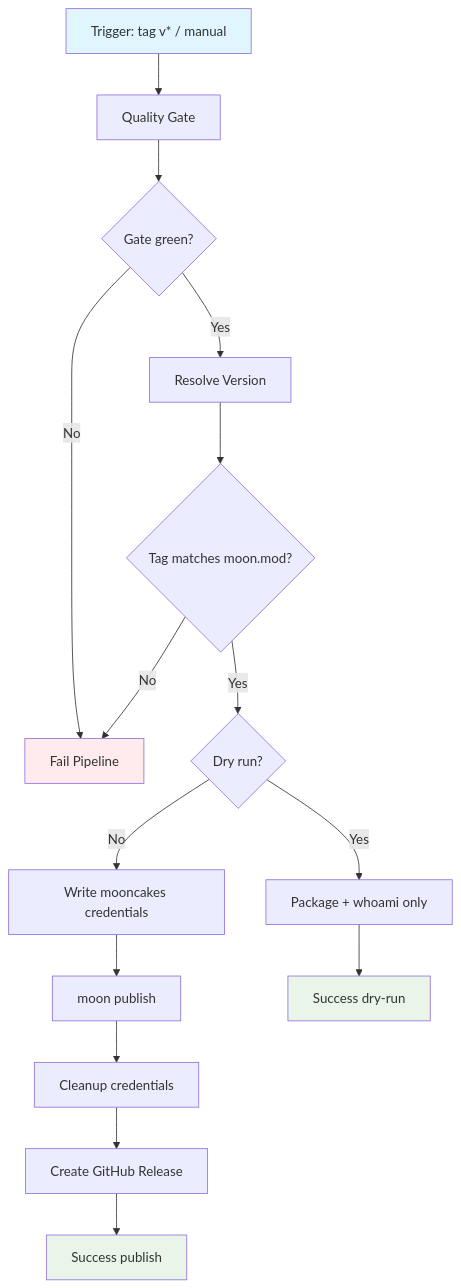
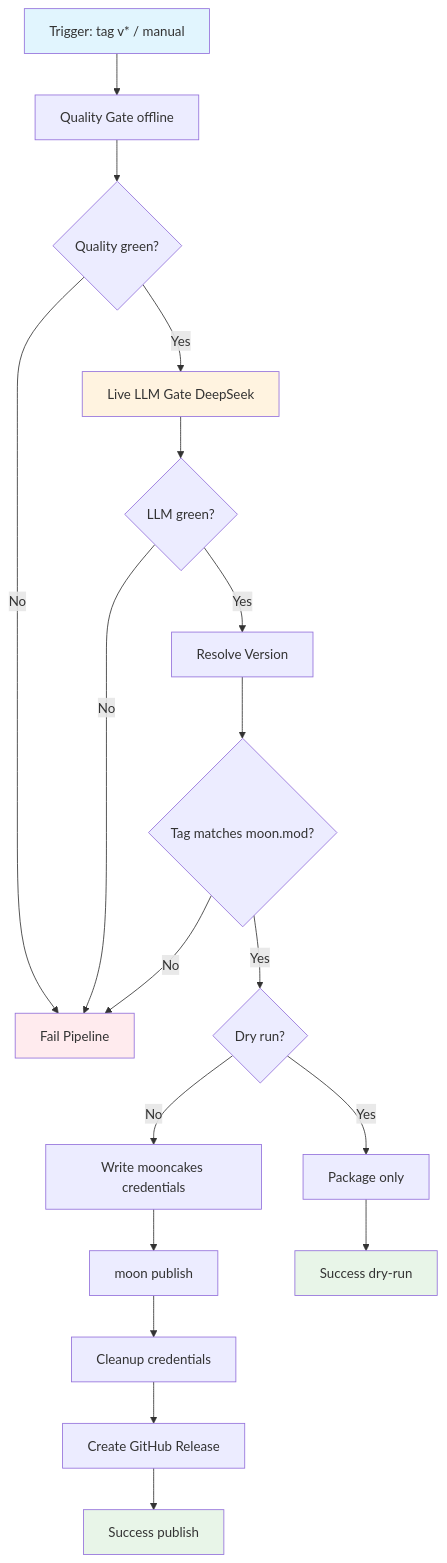
The diagram in spec/spec-process-cicd-release-pipeline.md (glimverge/moomem), drawn with Mermaid before and after one commit. The commit also changed other lines of this file and 3 other files, not shown here.

First line of the commit message:
feat: enhance release pipeline with live LLM gate and update documentation

````diff
--- a/spec/spec-process-cicd-release-pipeline.md
+++ b/spec/spec-process-cicd-release-pipeline.md
@@ -18,22 +18,26 @@
 ```mermaid
 graph TD
-    A[Trigger: tag v* / manual] --> B[Quality Gate]
-    B --> C{Gate green?}
+    A[Trigger: tag v* / manual] --> B[Quality Gate offline]
+    B --> C{Quality green?}
     C -->|No| Z[Fail Pipeline]
-    C -->|Yes| D[Resolve Version]
+    C -->|Yes| L1[Live LLM Gate DeepSeek]
+    L1 --> C2{LLM green?}
+    C2 -->|No| Z
+    C2 -->|Yes| D[Resolve Version]
     D --> E{Tag matches moon.mod?}
     E -->|No| Z
     E -->|Yes| F{Dry run?}
-    F -->|Yes| G[Package + whoami only]
+    F -->|Yes| G[Package only]
     F -->|No| H[Write mooncakes credentials]
     H --> I[moon publish]
     I --> J[Cleanup credentials]
     J --> K[Create GitHub Release]
     G --> L[Success dry-run]
     K --> M[Success publish]
 
     style A fill:#e1f5fe
     style M fill:#e8f5e8
     style L fill:#e8f5e8
     style Z fill:#ffebee
+    style L1 fill:#fff3e0
 ```
````
